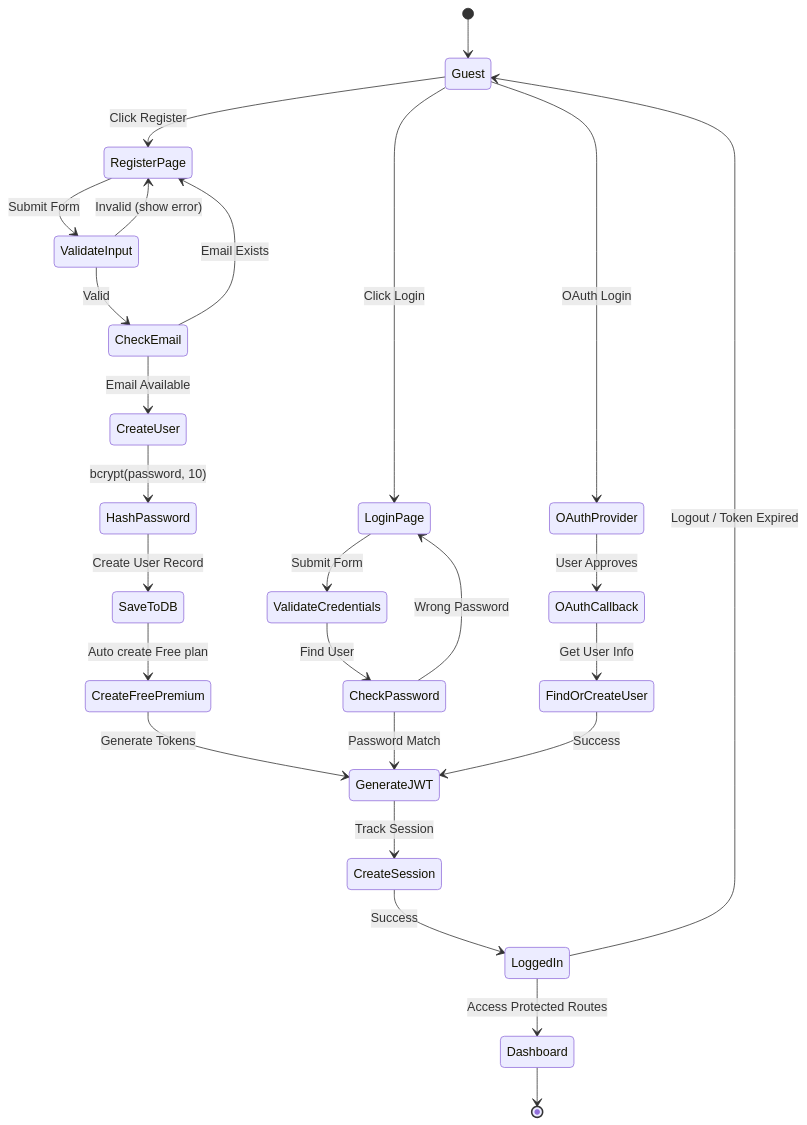
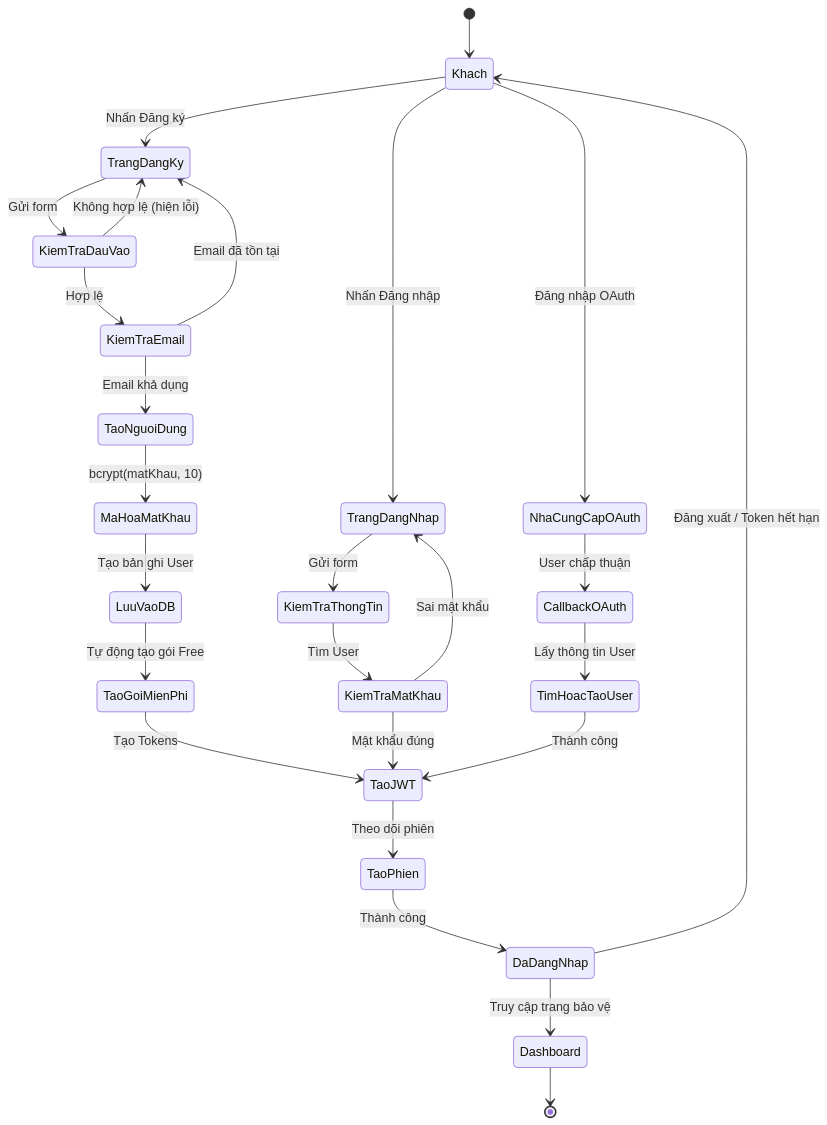
Before and after one commit to Son1BeYew/AIStudio: the fifth of 8 diagrams in DIAGRAMS.md, drawn with Mermaid. The commit also changed other lines of this file, not shown here.

````diff
--- a/DIAGRAMS.md
+++ b/DIAGRAMS.md
@@ -285,35 +285,35 @@
 ```mermaid
 stateDiagram-v2
-    [*] --> Guest
+    [*] --> Khach
     
-    Guest --> RegisterPage: Click Register
-    RegisterPage --> ValidateInput: Submit Form
-    ValidateInput --> CheckEmail: Valid
-    ValidateInput --> RegisterPage: Invalid (show error)
+    Khach --> TrangDangKy: Nhấn Đăng ký
+    TrangDangKy --> KiemTraDauVao: Gửi form
+    KiemTraDauVao --> KiemTraEmail: Hợp lệ
+    KiemTraDauVao --> TrangDangKy: Không hợp lệ (hiện lỗi)
     
-    CheckEmail --> CreateUser: Email Available
-    CheckEmail --> RegisterPage: Email Exists
+    KiemTraEmail --> TaoNguoiDung: Email khả dụng
+    KiemTraEmail --> TrangDangKy: Email đã tồn tại
     
-    CreateUser --> HashPassword: bcrypt(password, 10)
-    HashPassword --> SaveToDB: Create User Record
-    SaveToDB --> CreateFreePremium: Auto create Free plan
-    CreateFreePremium --> GenerateJWT: Generate Tokens
-    GenerateJWT --> CreateSession: Track Session
-    CreateSession --> LoggedIn: Success
+    TaoNguoiDung --> MaHoaMatKhau: bcrypt(matKhau, 10)
+    MaHoaMatKhau --> LuuVaoDB: Tạo bản ghi User
+    LuuVaoDB --> TaoGoiMienPhi: Tự động tạo gói Free
+    TaoGoiMienPhi --> TaoJWT: Tạo Tokens
+    TaoJWT --> TaoPhien: Theo dõi phiên
+    TaoPhien --> DaDangNhap: Thành công
     
-    Guest --> LoginPage: Click Login
-    LoginPage --> ValidateCredentials: Submit Form
-    ValidateCredentials --> CheckPassword: Find User
-    CheckPassword --> GenerateJWT: Password Match
-    CheckPassword --> LoginPage: Wrong Password
+    Khach --> TrangDangNhap: Nhấn Đăng nhập
+    TrangDangNhap --> KiemTraThongTin: Gửi form
+    KiemTraThongTin --> KiemTraMatKhau: Tìm User
+    KiemTraMatKhau --> TaoJWT: Mật khẩu đúng
+    KiemTraMatKhau --> TrangDangNhap: Sai mật khẩu
     
-    Guest --> OAuthProvider: OAuth Login
-    OAuthProvider --> OAuthCallback: User Approves
-    OAuthCallback --> FindOrCreateUser: Get User Info
-    FindOrCreateUser --> GenerateJWT: Success
+    Khach --> NhaCungCapOAuth: Đăng nhập OAuth
+    NhaCungCapOAuth --> CallbackOAuth: User chấp thuận
+    CallbackOAuth --> TimHoacTaoUser: Lấy thông tin User
+    TimHoacTaoUser --> TaoJWT: Thành công
     
-    LoggedIn --> Dashboard: Access Protected Routes
-    LoggedIn --> Guest: Logout / Token Expired
+    DaDangNhap --> Dashboard: Truy cập trang bảo vệ
+    DaDangNhap --> Khach: Đăng xuất / Token hết hạn
     
     Dashboard --> [*]
 ```
````
